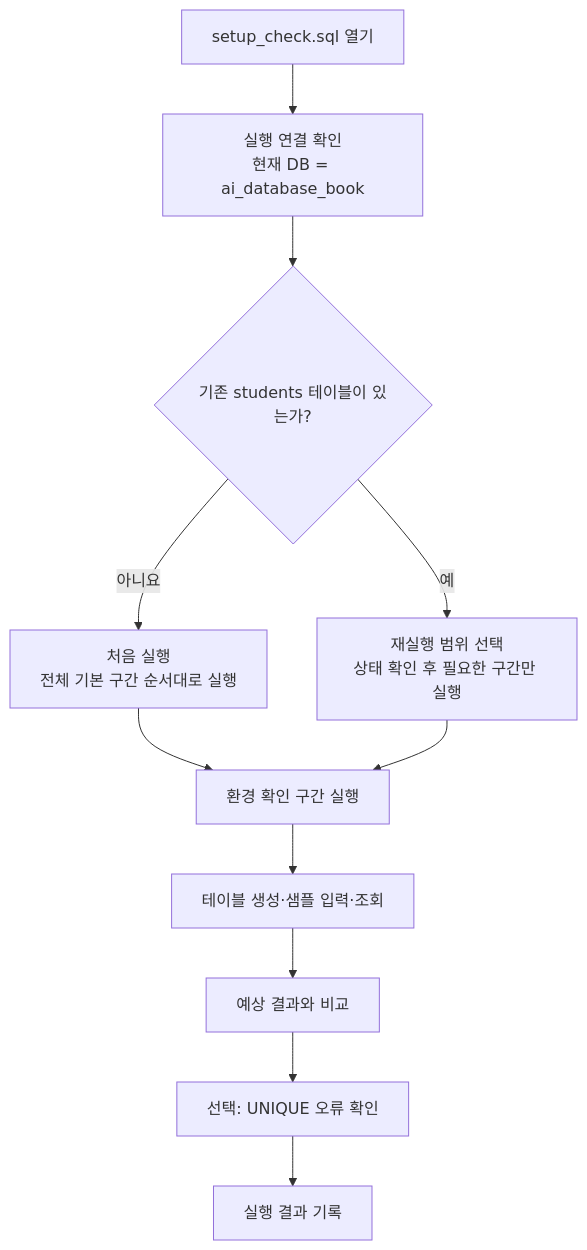
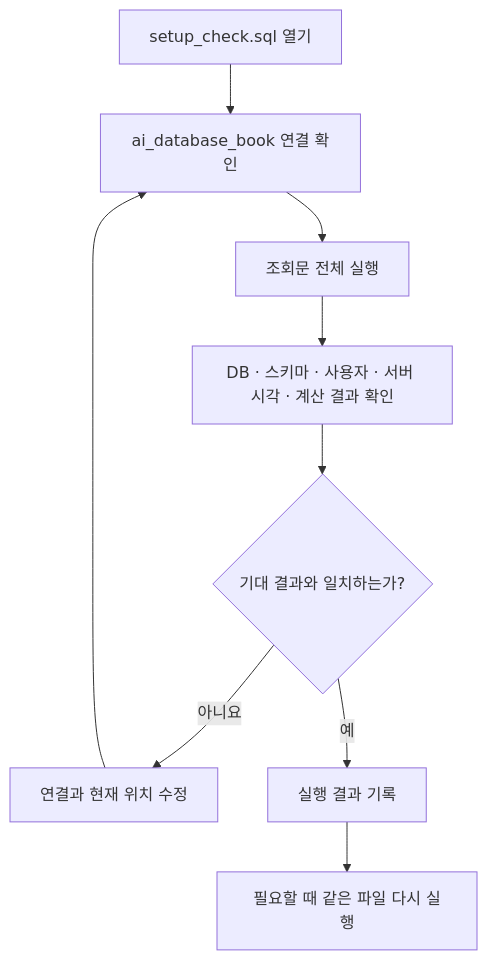
One commit to GilbertMoon/ai-database-book changed the diagram in images/chapter03/ch03_05_setup_check_sql_flow.mmd. Above: the diagram before and after it, drawn with Mermaid.

Commit message:
Update setup check diagram source

```diff
--- a/images/chapter03/ch03_05_setup_check_sql_flow.mmd
+++ b/images/chapter03/ch03_05_setup_check_sql_flow.mmd
@@ -1,15 +1,12 @@
 flowchart TD
     A[setup_check.sql 열기]
-    B[실행 연결 확인<br/>현재 DB = ai_database_book]
-    C{기존 students 테이블이 있는가?}
-    D[처음 실행<br/>전체 기본 구간 순서대로 실행]
-    E[재실행 범위 선택<br/>상태 확인 후 필요한 구간만 실행]
-    F[환경 확인 구간 실행]
-    G[테이블 생성·샘플 입력·조회]
-    H[예상 결과와 비교]
-    I[선택: UNIQUE 오류 확인]
-    J[실행 결과 기록]
-    A --> B --> C
-    C -- 아니요 --> D --> F
-    C -- 예 --> E --> F
-    F --> G --> H --> I --> J
+    B[ai_database_book 연결 확인]
+    C[조회문 전체 실행]
+    D[DB · 스키마 · 사용자 · 서버 시각 · 계산 결과 확인]
+    E{기대 결과와 일치하는가?}
+    F[연결과 현재 위치 수정]
+    G[실행 결과 기록]
+    H[필요할 때 같은 파일 다시 실행]
+    A --> B --> C --> D --> E
+    E -- 아니요 --> F --> B
+    E -- 예 --> G --> H
```
